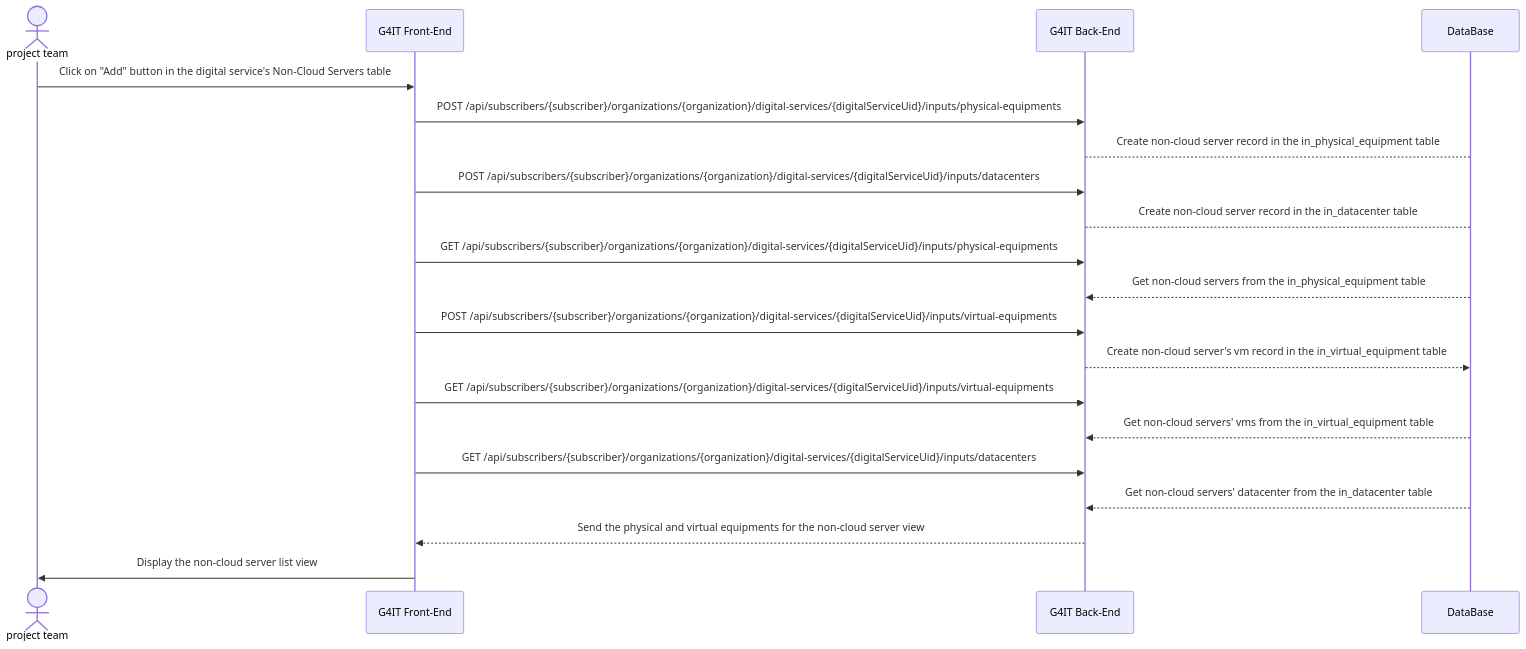
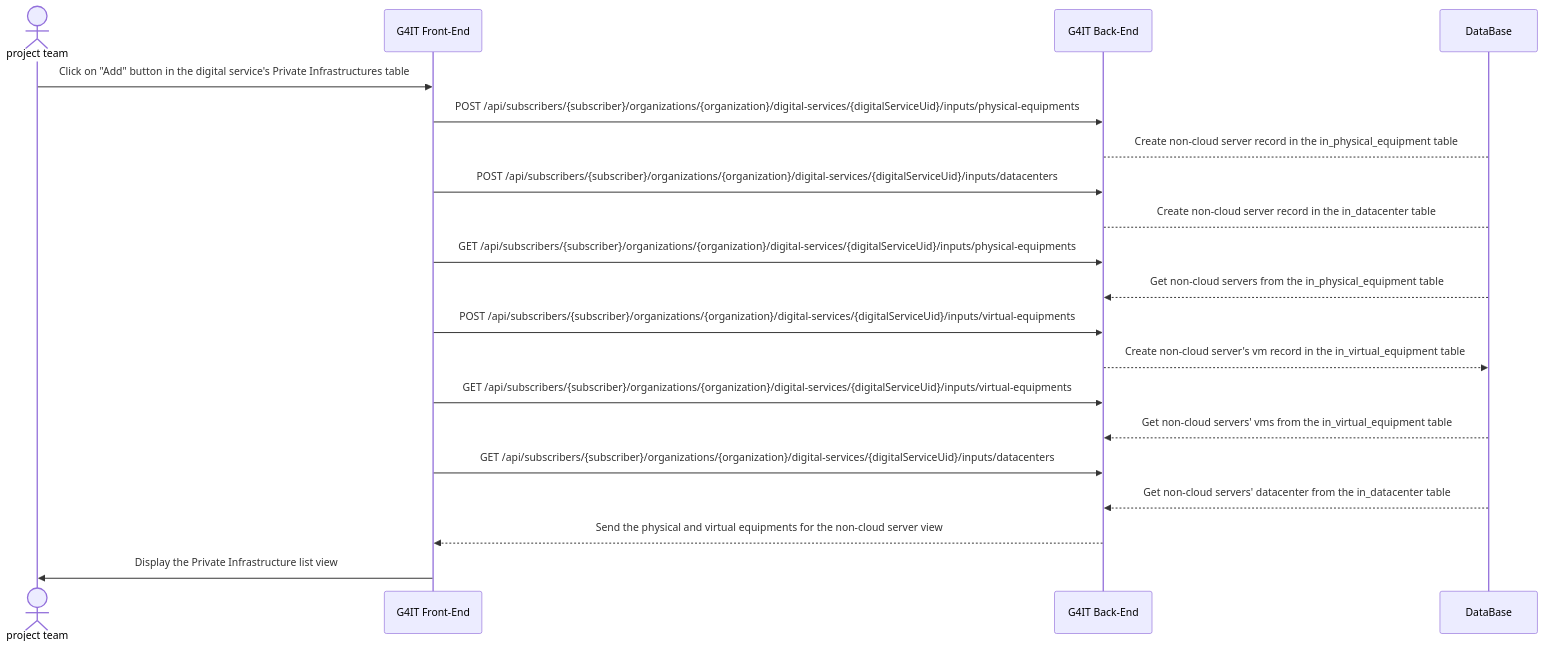
One commit to teamg4it/g4it changed the diagram in services/documentation/content/2-functional-documentation/use_cases/uc_digital_services/uc3_add_visualize_equipments/uc3_add_visualize_noncloud-servers/add_visualize_nonCloud_servers_via_forms.md. Above: the diagram before and after it, drawn with Mermaid. The commit also changed other lines of this file and 51 other files, not shown here.

```diff
--- a/services/documentation/content/2-functional-documentation/use_cases/uc_digital_services/uc3_add_visualize_equipments/uc3_add_visualize_noncloud-servers/add_visualize_nonCloud_servers_via_forms.md
+++ b/services/documentation/content/2-functional-documentation/use_cases/uc_digital_services/uc3_add_visualize_equipments/uc3_add_visualize_noncloud-servers/add_visualize_nonCloud_servers_via_forms.md
@@ -162,24 +162,24 @@
 {{< mermaid >}}
 sequenceDiagram
 actor RND as project team
 participant front as G4IT Front-End
 participant back as G4IT Back-End
 participant DataBase
 
-RND ->> front: Click on "Add" button in the digital service's Non-Cloud Servers table
+RND ->> front: Click on "Add" button in the digital service's Private Infrastructures table
 front ->> back: POST /api/subscribers/{subscriber}/organizations/{organization}/digital-services/{digitalServiceUid}/inputs/physical-equipments
 back--> DataBase: Create non-cloud server record in the in_physical_equipment table
 front ->> back: POST /api/subscribers/{subscriber}/organizations/{organization}/digital-services/{digitalServiceUid}/inputs/datacenters
 back--> DataBase: Create non-cloud server record in the in_datacenter table
 front ->> back: GET /api/subscribers/{subscriber}/organizations/{organization}/digital-services/{digitalServiceUid}/inputs/physical-equipments
 DataBase-->> back: Get non-cloud servers from the in_physical_equipment table
 front ->> back: POST /api/subscribers/{subscriber}/organizations/{organization}/digital-services/{digitalServiceUid}/inputs/virtual-equipments
 back-->> DataBase: Create non-cloud server's vm record in the in_virtual_equipment table
 front ->> back: GET /api/subscribers/{subscriber}/organizations/{organization}/digital-services/{digitalServiceUid}/inputs/virtual-equipments
 DataBase-->> back: Get non-cloud servers' vms from the in_virtual_equipment table
 front ->> back: GET /api/subscribers/{subscriber}/organizations/{organization}/digital-services/{digitalServiceUid}/inputs/datacenters
 DataBase-->> back: Get non-cloud servers' datacenter from the in_datacenter table
 back-->> front: Send the physical and virtual equipments for the non-cloud server view
-front->> RND : Display the non-cloud server list view
+front->> RND : Display the Private Infrastructure list view
 
 {{< /mermaid >}}
```
